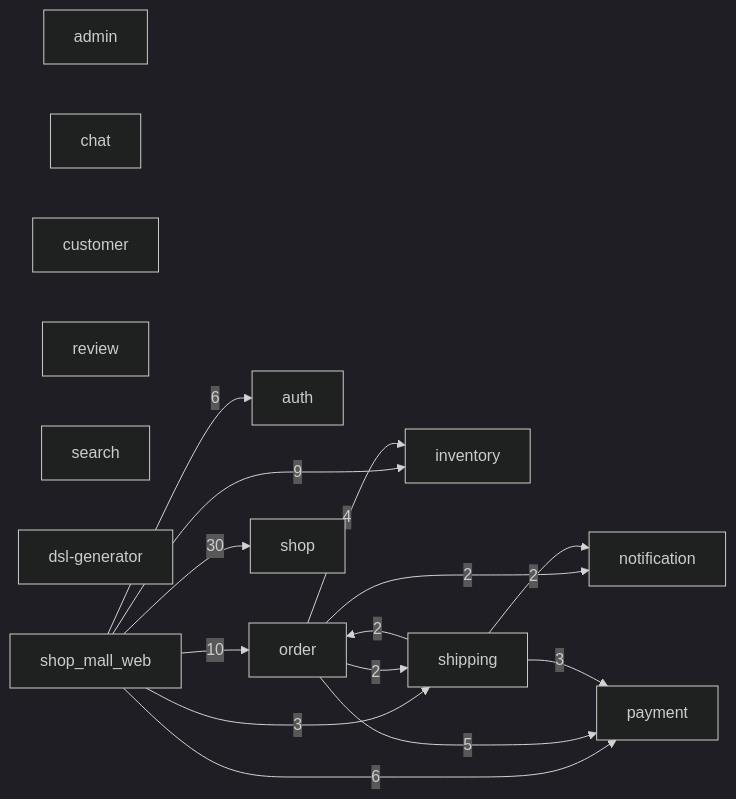
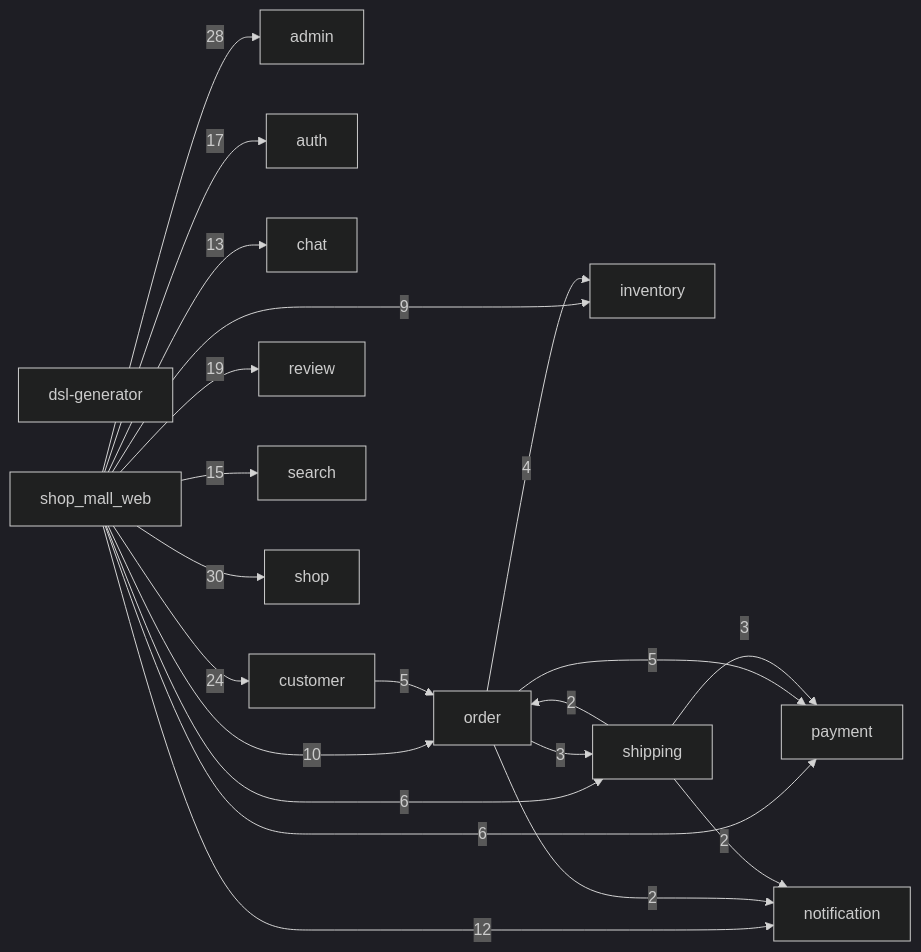
One commit to makoto-developer/go_microservice_example changed the diagram in ARCHITECTURE.md. Above: the diagram before and after it, drawn with Mermaid (dark theme). The commit also changed other lines of this file and 15 other files, not shown here.

````diff
--- a/ARCHITECTURE.md
+++ b/ARCHITECTURE.md
@@ -10,30 +10,37 @@
 ```mermaid
 graph LR
   s0["admin"]
   s1["auth"]
   s2["chat"]
   s3["customer"]
   s4["inventory"]
   s5["notification"]
   s6["order"]
   s7["payment"]
   s8["review"]
   s9["search"]
   s10["shipping"]
   s11["shop"]
   s12["dsl-generator"]
   s13["shop_mall_web"]
   s13 -->|"30"| s11
+  s13 -->|"28"| s0
+  s13 -->|"24"| s3
+  s13 -->|"19"| s8
+  s13 -->|"17"| s1
+  s13 -->|"15"| s9
+  s13 -->|"13"| s2
+  s13 -->|"12"| s5
   s13 -->|"10"| s6
   s13 -->|"9"| s4
   s13 -->|"6"| s7
-  s13 -->|"6"| s1
+  s13 -->|"6"| s10
+  s3 -->|"5"| s6
   s6 -->|"5"| s7
   s6 -->|"4"| s4
+  s6 -->|"3"| s10
   s10 -->|"3"| s7
-  s13 -->|"3"| s10
   s6 -->|"2"| s5
-  s6 -->|"2"| s10
   s10 -->|"2"| s5
   s10 -->|"2"| s6
 ```
````
